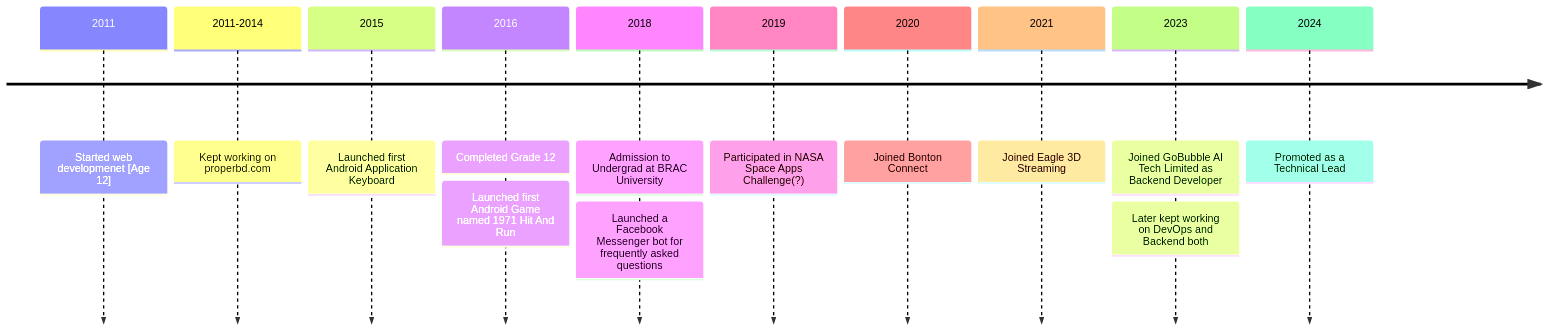
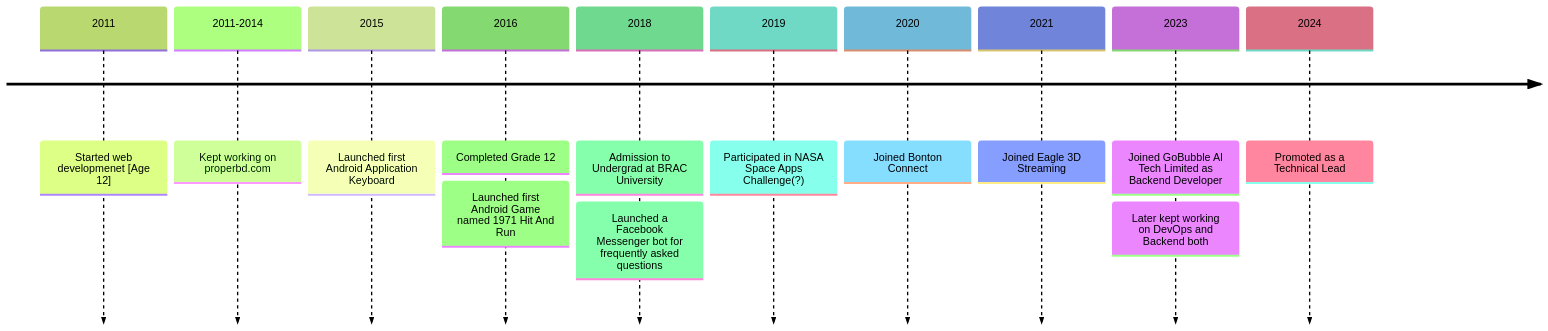
The diagram in README.md (robinmollah/robinmollah), drawn with Mermaid before and after one commit.

````diff
--- a/README.md
+++ b/README.md
@@ -22,13 +22,14 @@
 ```mermaid
+%%{init: {'theme':'forest'}}%%
 timeline
   2011: Started web developmenet [Age 12]
   2011-2014: Kept working on properbd.com
   2015: Launched first Android Application Keyboard
   2016: Completed Grade 12 : Launched first Android Game named 1971 Hit And Run
   2018: Admission to Undergrad at BRAC University : Launched a Facebook Messenger bot for frequently asked questions
   2019: Participated in NASA Space Apps Challenge(?)
   2020: Joined Bonton Connect
   2021: Joined Eagle 3D Streaming
   2023: Joined GoBubble AI Tech Limited as Backend Developer : Later kept working on DevOps and Backend both
   2024: Promoted as a Technical Lead
 ```
````
